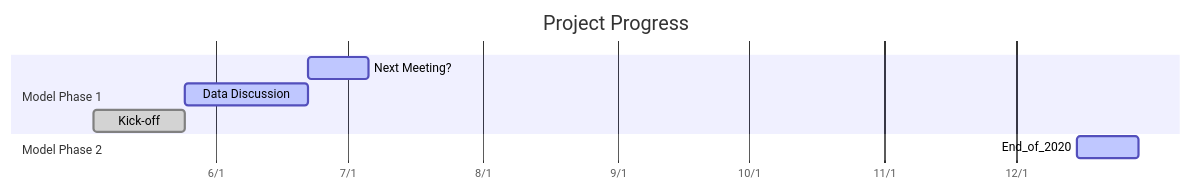
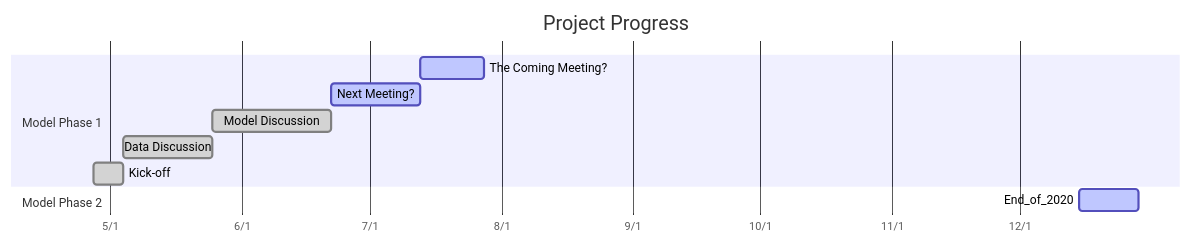
One commit to udothemath/my_hackmd changed the diagram in for_cft.md. Above: the diagram before and after it, drawn with Mermaid. The commit also changed other lines of this file, not shown here.

Commit message:
after meeting 6/22/20

````diff
--- a/for_cft.md
+++ b/for_cft.md
@@ -12,13 +12,15 @@
 ```mermaid
 gantt
 dateFormat  YYYY-MM-DD
 axisFormat %-m/%-d
 title Project Progress
 
 section Model Phase 1
-Next Meeting?:active, des2, 2020-06-22, 2w
-Data Discussion:active, des2, 2020-05-25, 4w
-Kick-off:done, des1, 2020-05-04, 3w
+The Coming Meeting?:active, des5, 2020-07-13, 2020-07-28
+Next Meeting?:active, des4, 2020-06-22, 2020-07-13
+Model Discussion:done, des3, 2020-05-25, 4w
+Data Discussion:done, des2, 2020-05-04, 3w
+Kick-off:done, des1, 2020-04-27, 1w
 section Model Phase 2
 End_of_2020:active,  des2, 2020-12-15, 2w
 ```
````
